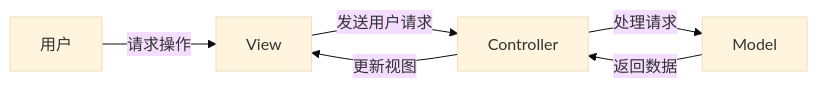
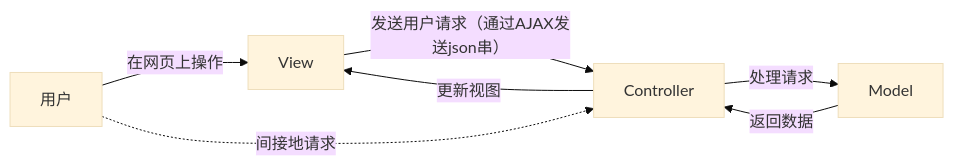
Before and after one commit to NQ-lovecpp/Load-balancing-online-judging-system: the diagram in ReadMe.md, drawn with Mermaid (base theme). The commit also changed other lines of this file and 15 other files, not shown here.

````diff
--- a/ReadMe.md
+++ b/ReadMe.md
@@ -390,9 +1003,10 @@
 ```mermaid
 flowchart LR
-    User[用户] -->|请求操作| View[View]
-    View -->|发送用户请求| Controller["Controller"]
+    User[用户] -->|在网页上操作| View[View]
+    View -->|发送用户请求（通过AJAX发送json串）| Controller[Controller]
     Controller -->|处理请求| Model[Model]
     Model -->|返回数据| Controller
     Controller -->|更新视图| View
+    User[用户] -.->|间接地请求| Controller[Controller]
 
 ```
````
